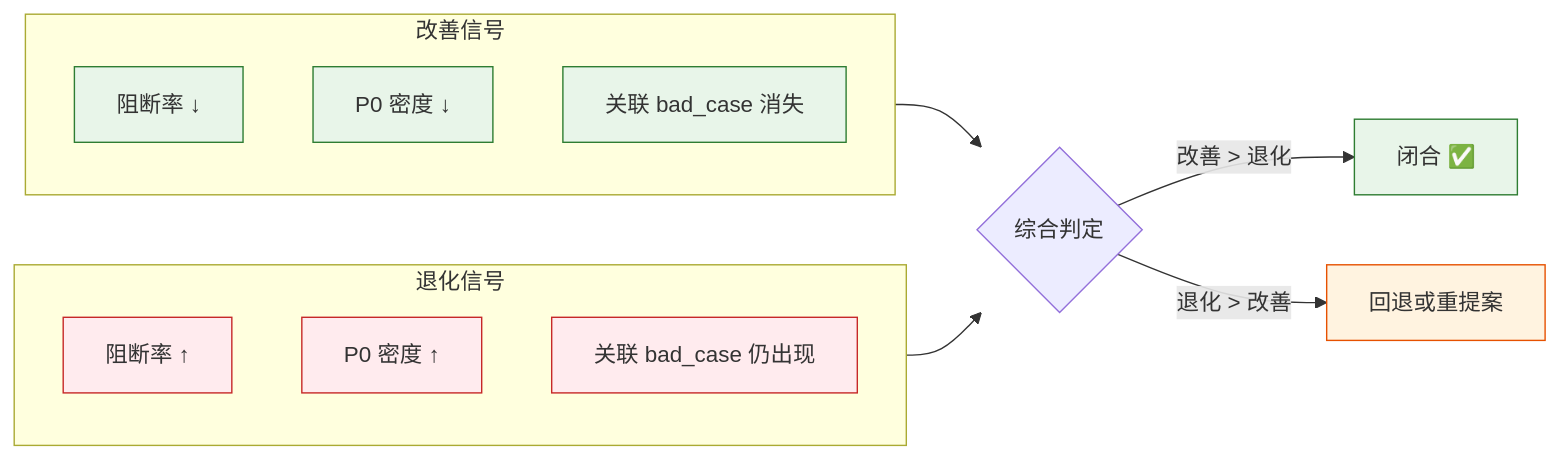
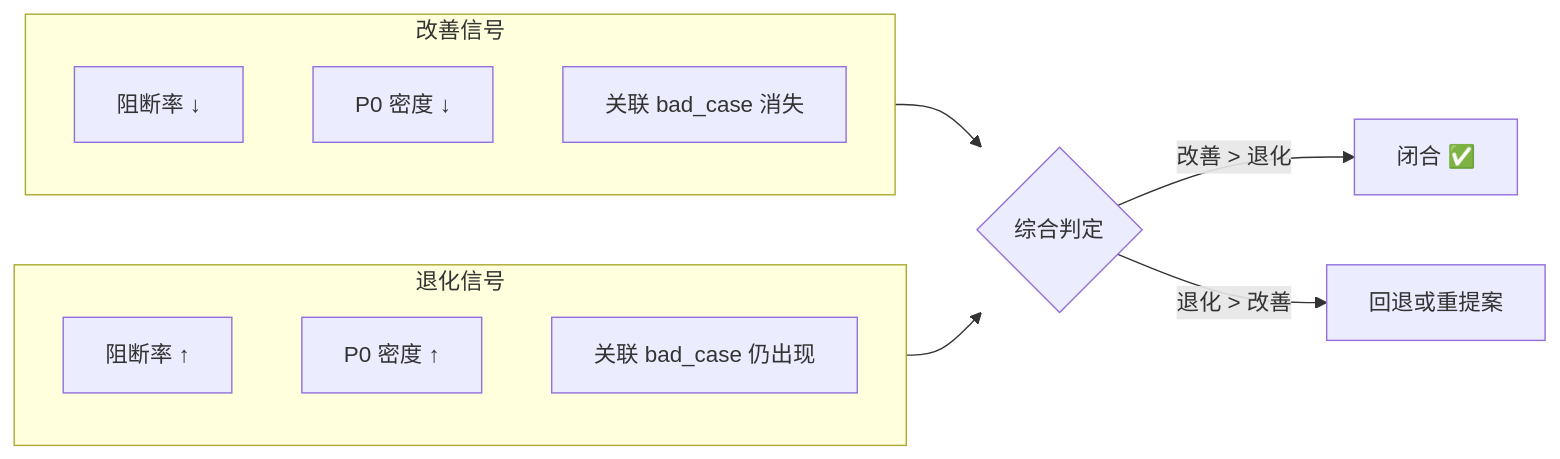
Before and after one commit to effiy/YrY: the seventh of 11 diagrams in rules/self-improve.md, drawn with Mermaid. The commit also changed other lines of this file and 61 other files, not shown here.

````diff
--- a/rules/self-improve.md
+++ b/rules/self-improve.md
@@ -167,22 +153,18 @@
 ```mermaid
 flowchart LR
     subgraph 改善["改善信号"]
         UP1["阻断率 ↓"]:::good
         UP2["P0 密度 ↓"]:::good
         UP3["关联 bad_case 消失"]:::good
     end
     subgraph 退化["退化信号"]
         DN1["阻断率 ↑"]:::bad
         DN2["P0 密度 ↑"]:::bad
         DN3["关联 bad_case 仍出现"]:::bad
     end
     改善 --> JUDGE{"综合判定"}
     退化 --> JUDGE
     JUDGE -->|"改善 > 退化"| CLOSE["闭合 ✅"]:::ok
     JUDGE -->|"退化 > 改善"| ROLL["回退或重提案"]:::warn
 
-    classDef good fill:#e8f5e9,stroke:#2e7d32;
-    classDef bad fill:#ffebee,stroke:#c62828;
-    classDef ok fill:#e8f5e9,stroke:#2e7d32;
-    classDef warn fill:#fff3e0,stroke:#e65100;
 ```
````
